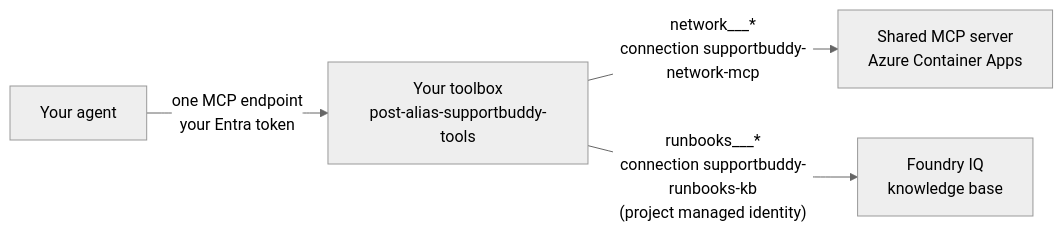
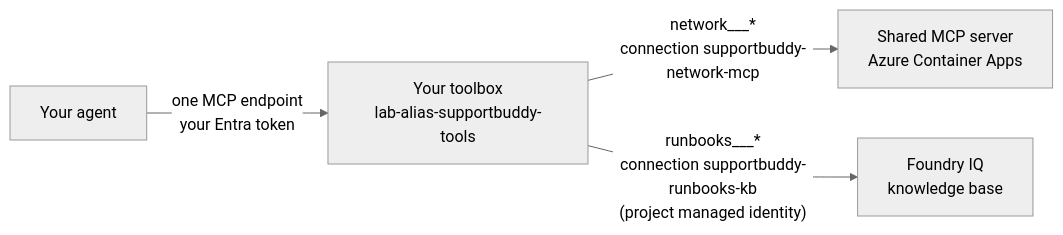
The seventh of 8 diagrams in docs/workshop.md (jamelachahbar/foundryagents-workshop-supportbuddy), drawn with Mermaid (neutral theme) before and after one commit. The commit also changed other lines of this file and 40 other files, not shown here.

Commit message:
Make the lab generic: no customer name; lab-<alias> prefix, MOCK_MCP_URL, supportbuddy-memory, network-mock

````diff
--- a/docs/workshop.md
+++ b/docs/workshop.md
@@ -1157,6 +1156,6 @@
 ```mermaid
 flowchart LR
-    A[Your agent] -- "one MCP endpoint<br/>your Entra token" --> T["Your toolbox<br/>post-alias-supportbuddy-tools"]
+    A[Your agent] -- "one MCP endpoint<br/>your Entra token" --> T["Your toolbox<br/>lab-alias-supportbuddy-tools"]
     T -- "network___*<br/>connection supportbuddy-network-mcp" --> N["Shared MCP server<br/>Azure Container Apps"]
     T -- "runbooks___*<br/>connection supportbuddy-runbooks-kb<br/>(project managed identity)" --> K["Foundry IQ<br/>knowledge base"]
 ```
````
